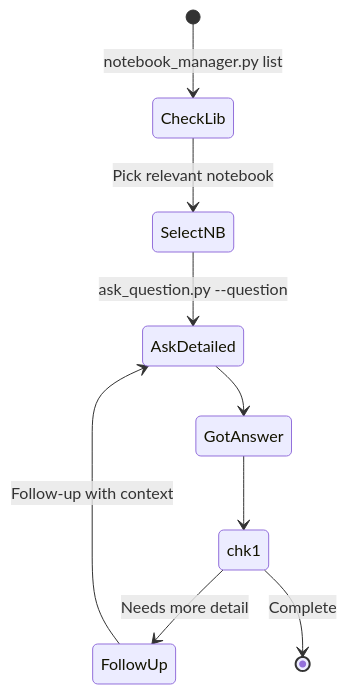
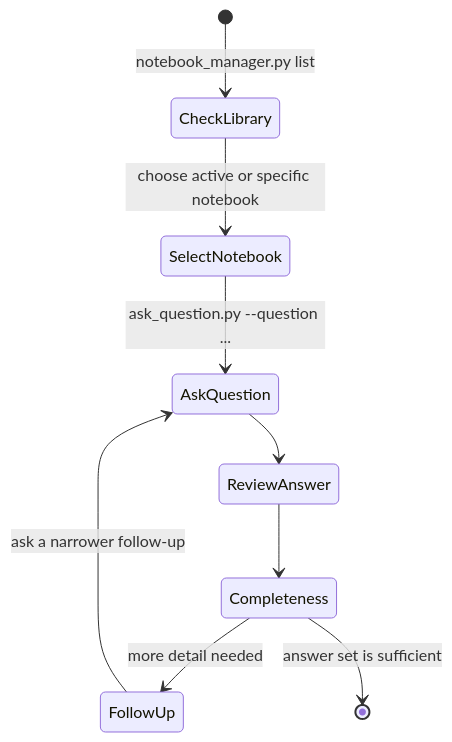
Before and after one commit to khengyun/notebooklm-experts-skill: the third of 11 diagrams in references/usage_patterns.md, drawn with Mermaid. The commit also changed other lines of this file and 23 other files, not shown here.

````diff
--- a/references/usage_patterns.md
+++ b/references/usage_patterns.md
@@ -73,15 +59,14 @@
 ```mermaid
 stateDiagram-v2
-    [*] --> CheckLib: notebook_manager.py list
+    [*] --> CheckLibrary: notebook_manager.py list
+    CheckLibrary --> SelectNotebook: choose active or specific notebook
+    SelectNotebook --> AskQuestion: ask_question.py --question ...
+    AskQuestion --> ReviewAnswer
 
-    CheckLib --> SelectNB: Pick relevant notebook
-    SelectNB --> AskDetailed: ask_question.py --question
-    AskDetailed --> GotAnswer
+    ReviewAnswer --> Completeness
+    state Completeness <<choice>>
+    Completeness --> FollowUp: more detail needed
+    Completeness --> [*]: answer set is sufficient
 
-    GotAnswer --> chk1
-    state chk1 <<choice>>
-    chk1 --> FollowUp: Needs more detail
-    chk1 --> [*]: Complete
-
-    FollowUp --> AskDetailed: Follow-up with context
+    FollowUp --> AskQuestion: ask a narrower follow-up
 ```
````
